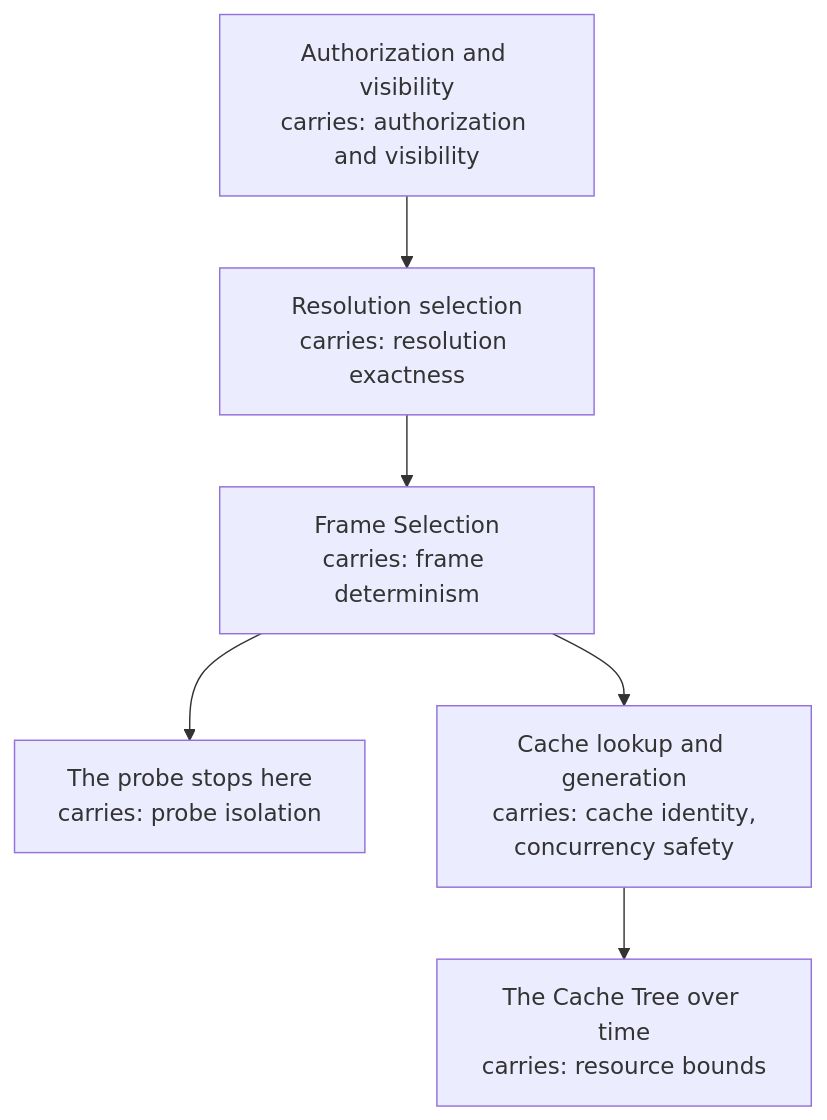
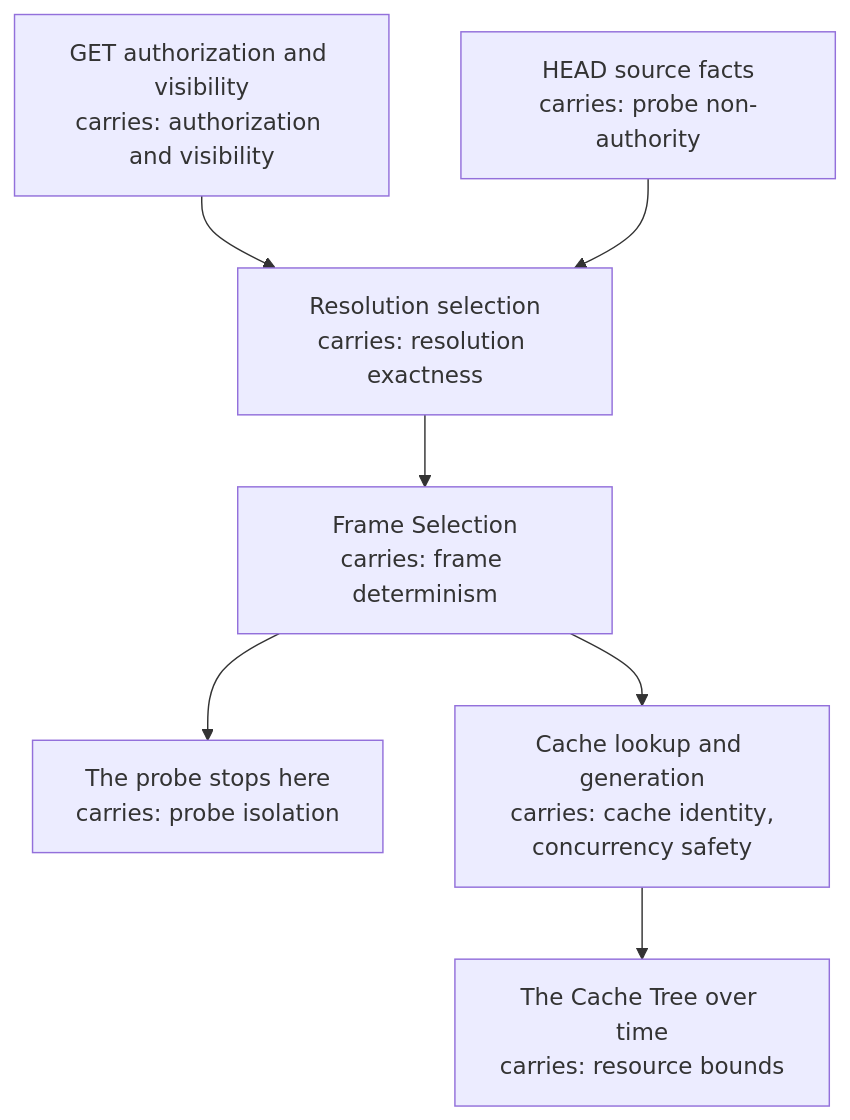
Before and after one commit to xiakeng/trickplay-cropper: the diagram in docs/business/design/README.md, drawn with Mermaid. The commit also changed other lines of this file and 45 other files, not shown here.

First line of the commit message:
Implement the #92 Frame Probe authorization split (#96)

````diff
--- a/docs/business/design/README.md
+++ b/docs/business/design/README.md
@@ -23,8 +23,9 @@
 ```mermaid
 flowchart TD
-    S1["Authorization and visibility<br/>carries: authorization and visibility"] --> S2["Resolution selection<br/>carries: resolution exactness"]
+    G["GET authorization and visibility<br/>carries: authorization and visibility"] --> S2["Resolution selection<br/>carries: resolution exactness"]
+    H["HEAD source facts<br/>carries: probe non-authority"] --> S2
     S2 --> S3["Frame Selection<br/>carries: frame determinism"]
     S3 --> P["The probe stops here<br/>carries: probe isolation"]
     S3 --> S4["Cache lookup and generation<br/>carries: cache identity,<br/>concurrency safety"]
     S4 --> S5["The Cache Tree over time<br/>carries: resource bounds"]
 ```
````
